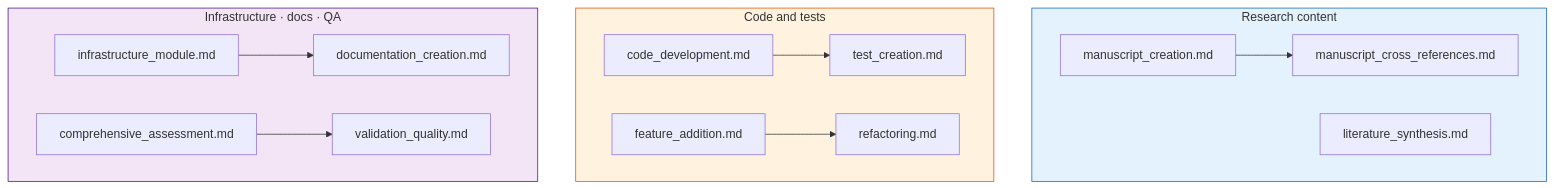
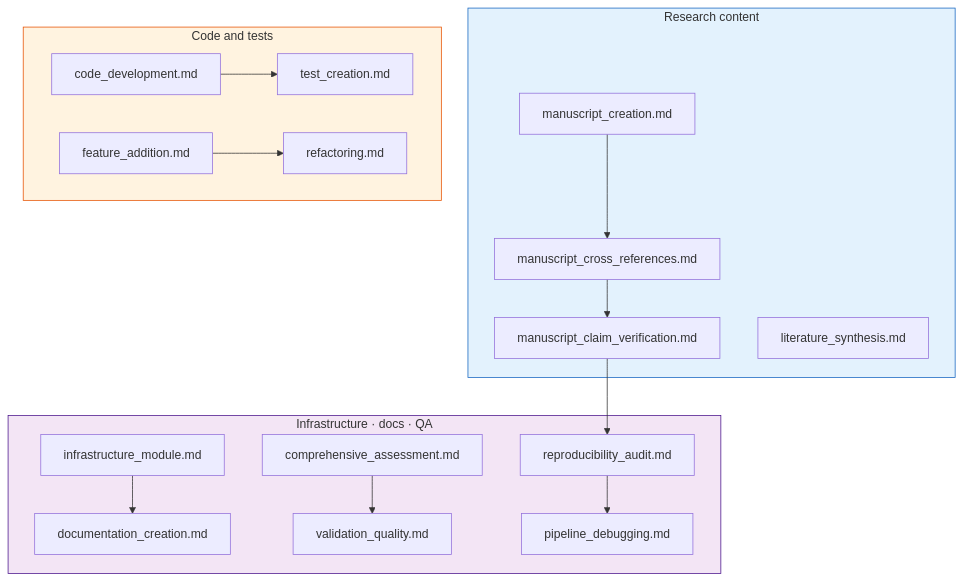
Before and after one commit to docxology/template: the diagram in docs/prompts/README.md, drawn with Mermaid. The commit also changed other lines of this file and 11 other files, not shown here.

````diff
--- a/docs/prompts/README.md
+++ b/docs/prompts/README.md
@@ -41,35 +44,41 @@
 ```mermaid
 graph TD
     subgraph Research["Research content"]
         MS[manuscript_creation.md]
         MX[manuscript_cross_references.md]
+        MCV[manuscript_claim_verification.md]
         LS[literature_synthesis.md]
     end
 
     subgraph Code["Code and tests"]
         CD[code_development.md]
         TC[test_creation.md]
         FA[feature_addition.md]
         RF[refactoring.md]
     end
 
     subgraph Ops["Infrastructure · docs · QA"]
         IM[infrastructure_module.md]
         DC[documentation_creation.md]
         VQ[validation_quality.md]
         CA[comprehensive_assessment.md]
+        RA[reproducibility_audit.md]
+        PD[pipeline_debugging.md]
     end
 
     MS --> MX
+    MX --> MCV
     CD --> TC
     FA --> RF
     IM --> DC
     CA --> VQ
+    MCV --> RA
+    RA --> PD
 
     classDef r fill:#e3f2fd,stroke:#1565c0
     classDef c fill:#fff3e0,stroke:#e65100
     classDef o fill:#f3e5f5,stroke:#4a148c
     class Research r
     class Code c
     class Ops o
 ```
````
